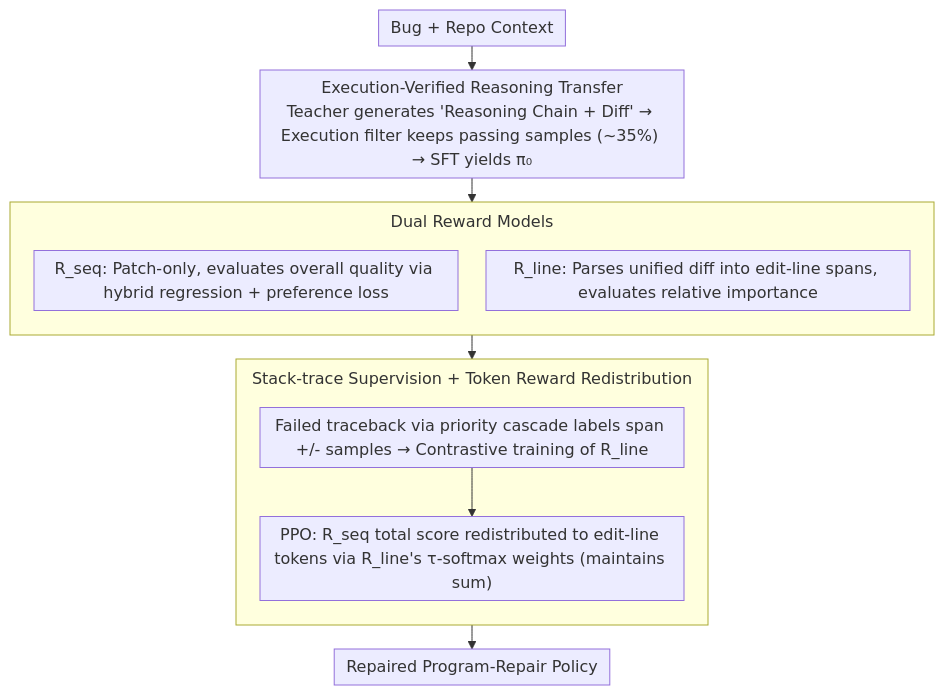
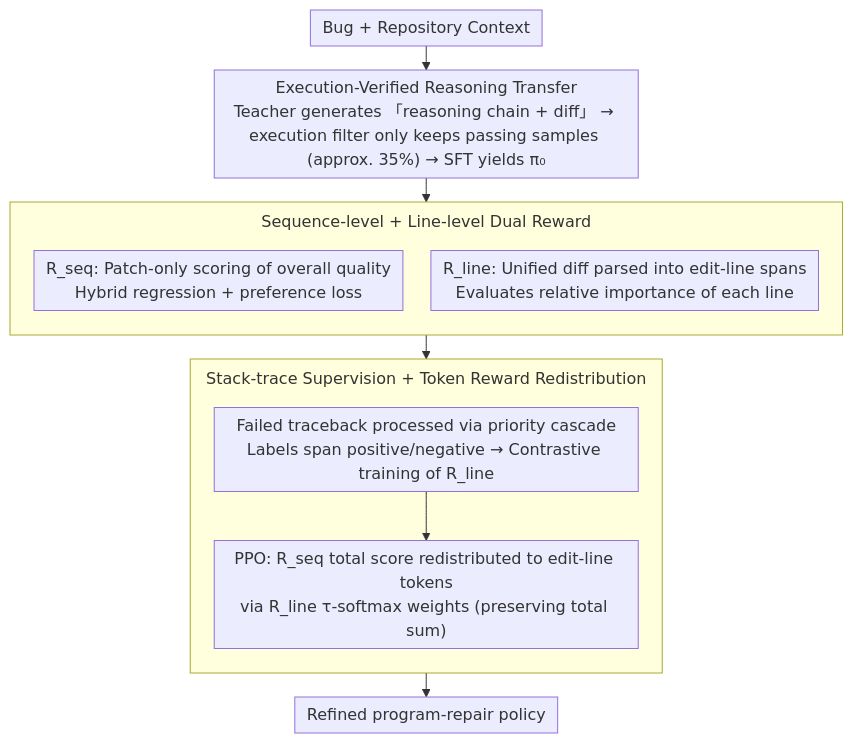
One commit to zhaoyang97/Paper-Notes-en changed the diagram in docs/ICML2026/code_intelligence/boostapr_boosting_automated_program_repair_via_execution-grounded_reinforcement_.md. Above: the diagram before and after it, drawn with Mermaid. The commit also changed other lines of this file and 5084 other files, not shown here.

````diff
--- a/docs/ICML2026/code_intelligence/boostapr_boosting_automated_program_repair_via_execution-grounded_reinforcement_.md
+++ b/docs/ICML2026/code_intelligence/boostapr_boosting_automated_program_repair_via_execution-grounded_reinforcement_.md
@@ -43,19 +43,19 @@
 ```mermaid
 %%{init: {'flowchart': {'rankSpacing': 24, 'nodeSpacing': 28, 'padding': 6, 'wrappingWidth': 400, 'subGraphTitleMargin': {'top': 8, 'bottom': 16}}}}%%
 flowchart TD
-    A["Bug + Repo Context"] --> B["Execution-Verified Reasoning Transfer<br/>Teacher generates 'Reasoning Chain + Diff' → Execution filter keeps passing samples (~35%) → SFT yields π₀"]
-    subgraph RW["Dual Reward Models"]
+    A["Bug + Repository Context"] --> B["Execution-Verified Reasoning Transfer<br/>Teacher generates 「reasoning chain + diff」 → execution filter only keeps passing samples (approx. 35%) → SFT yields π₀"]
+    subgraph RW["Sequence-level + Line-level Dual Reward"]
         direction TB
-        D["R_seq: Patch-only, evaluates overall quality via hybrid regression + preference loss"]
-        E["R_line: Parses unified diff into edit-line spans, evaluates relative importance"]
+        D["R_seq: Patch-only scoring of overall quality<br/>Hybrid regression + preference loss"]
+        E["R_line: Unified diff parsed into edit-line spans<br/>Evaluates relative importance of each line"]
     end
     B --> RW
     subgraph CR["Stack-trace Supervision + Token Reward Redistribution"]
         direction TB
-        G["Failed traceback via priority cascade labels span +/- samples → Contrastive training of R_line"]
-        H["PPO: R_seq total score redistributed to edit-line tokens via R_line's τ-softmax weights (maintains sum)"]
+        G["Failed traceback processed via priority cascade<br/>Labels span positive/negative → Contrastive training of R_line"]
+        H["PPO: R_seq total score redistributed to edit-line tokens<br/>via R_line τ-softmax weights (preserving total sum)"]
         G --> H
     end
     RW --> CR
-    CR --> I["Repaired Program-Repair Policy"]
+    CR --> I["Refined program-repair policy"]
 ```
````
